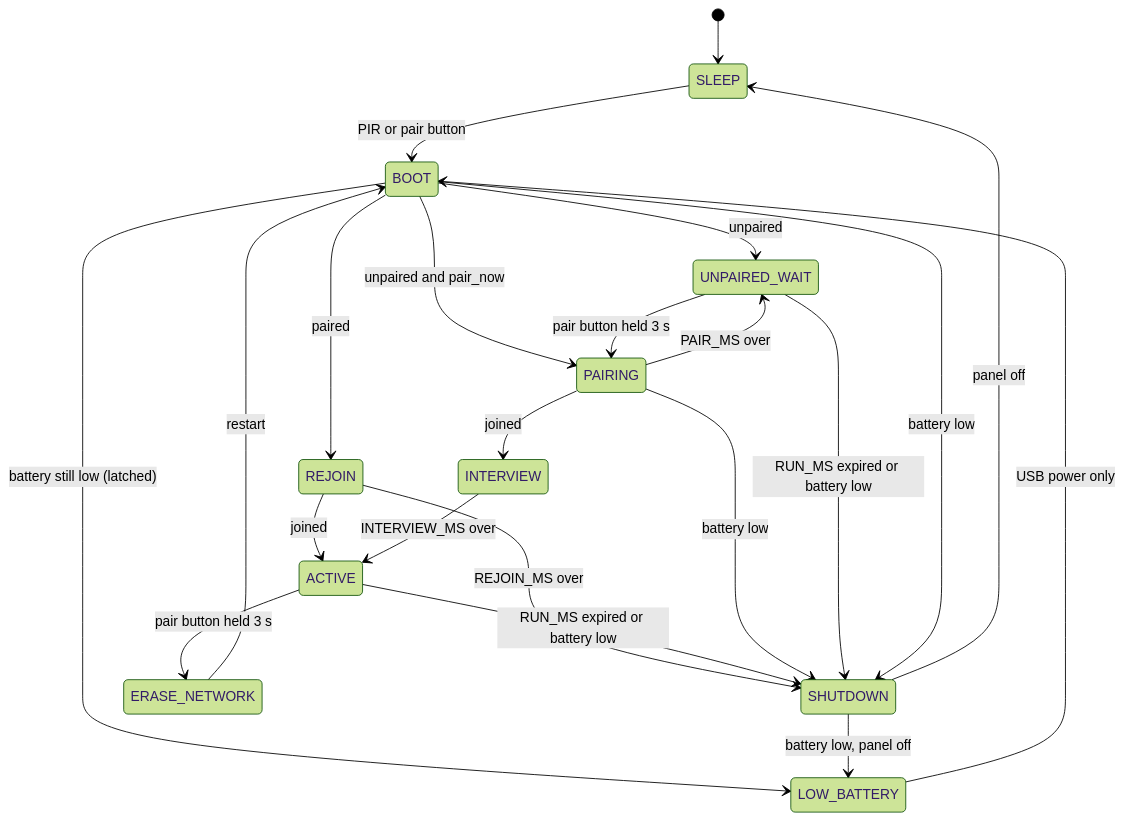
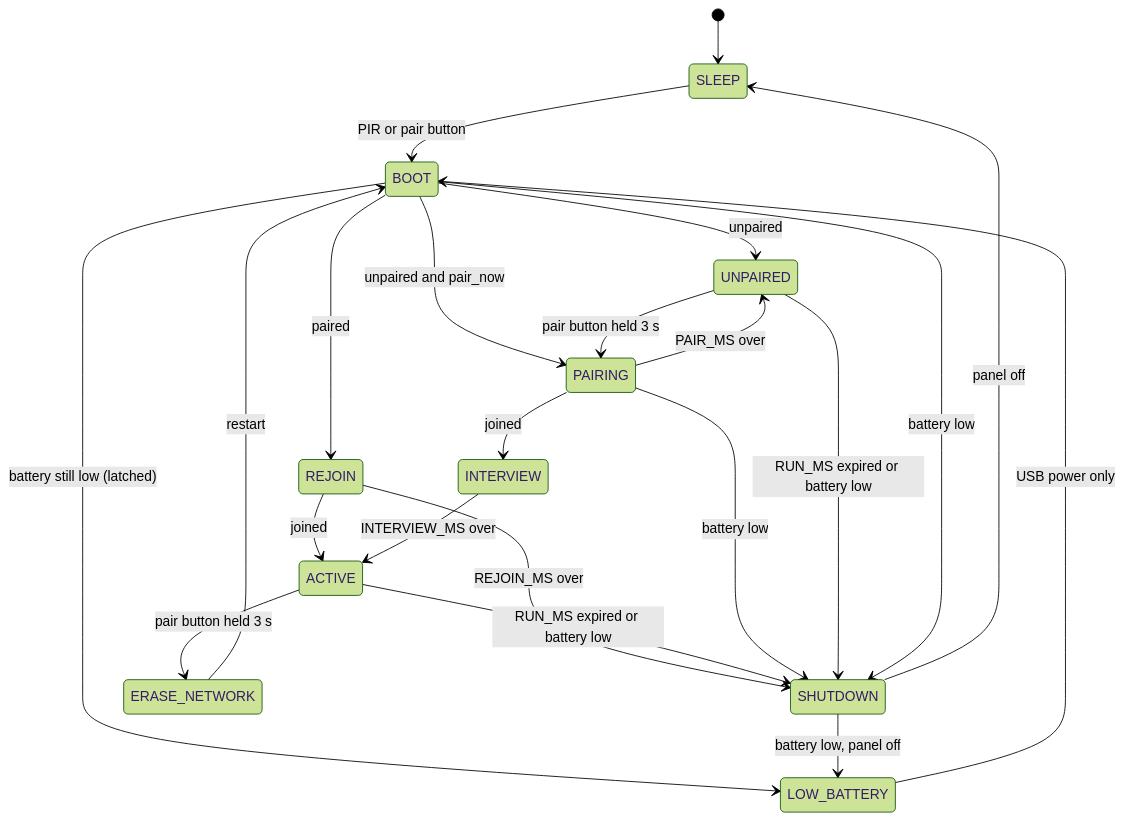
The diagram in DESIGN.md (vgabor99/greenlight), drawn with Mermaid (forest theme) before and after one commit. The commit also changed other lines of this file and 2 other files, not shown here.

Commit message:
Rename the UNPAIRED_WAIT state to UNPAIRED

````diff
--- a/DESIGN.md
+++ b/DESIGN.md
@@ -89,34 +89,34 @@
 ```mermaid
 stateDiagram-v2
     %% The declaration order sets the layout: paired path left, unpaired path in the middle, SHUTDOWN right.
     state BOOT
     state REJOIN
     state ACTIVE
     state ERASE_NETWORK
-    state UNPAIRED_WAIT
+    state UNPAIRED
     state PAIRING
     state INTERVIEW
     state SHUTDOWN
     state LOW_BATTERY
     [*] --> SLEEP
     SLEEP --> BOOT: PIR or pair button
     BOOT --> REJOIN: paired
-    BOOT --> UNPAIRED_WAIT: unpaired
+    BOOT --> UNPAIRED: unpaired
     BOOT --> PAIRING: unpaired and pair_now
     REJOIN --> ACTIVE: joined
     REJOIN --> SHUTDOWN: REJOIN_MS over
     ACTIVE --> ERASE_NETWORK: pair button held 3 s
     ERASE_NETWORK --> BOOT: restart
     ACTIVE --> SHUTDOWN: RUN_MS expired or battery low
-    UNPAIRED_WAIT --> PAIRING: pair button held 3 s
-    PAIRING --> UNPAIRED_WAIT: PAIR_MS over
+    UNPAIRED --> PAIRING: pair button held 3 s
+    PAIRING --> UNPAIRED: PAIR_MS over
     PAIRING --> INTERVIEW: joined
     INTERVIEW --> ACTIVE: INTERVIEW_MS over
     PAIRING --> SHUTDOWN: battery low
-    UNPAIRED_WAIT --> SHUTDOWN: RUN_MS expired or battery low
+    UNPAIRED --> SHUTDOWN: RUN_MS expired or battery low
     BOOT --> SHUTDOWN: battery low
     BOOT --> LOW_BATTERY: battery still low (latched)
     SHUTDOWN --> LOW_BATTERY: battery low, panel off
     SHUTDOWN --> SLEEP: panel off
     LOW_BATTERY --> BOOT: USB power only
 ```
````
